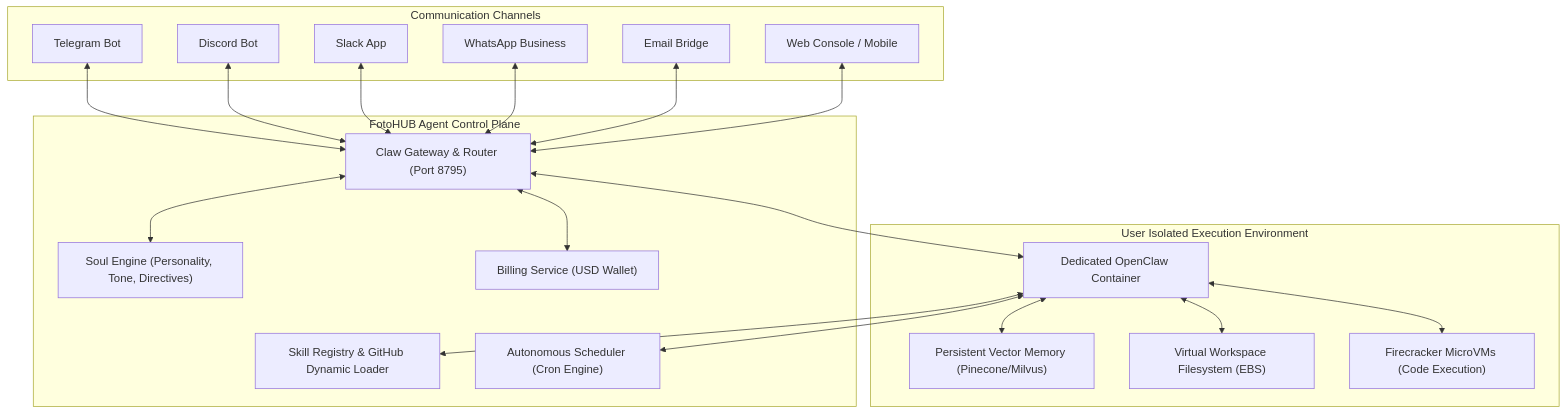
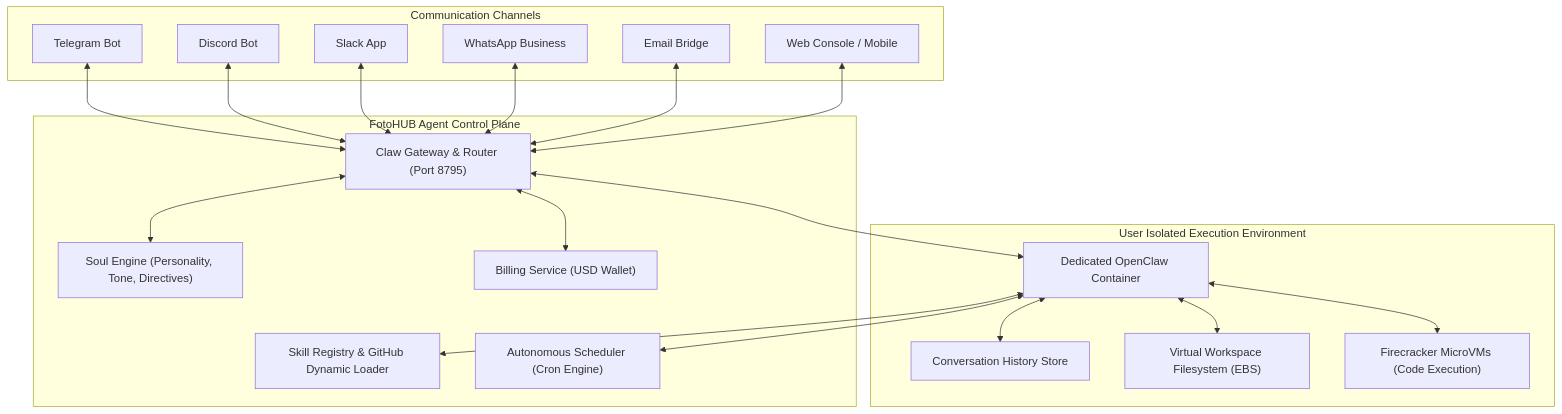
The diagram in compute/fh-claw-assistants.md (fotohubapp/docs), drawn with Mermaid before and after one commit. The commit also changed other lines of this file and 91 other files, not shown here.

````diff
--- a/compute/fh-claw-assistants.md
+++ b/compute/fh-claw-assistants.md
@@ -18,31 +18,31 @@
 ```mermaid
 flowchart TD
     subgraph Communication Channels
         TG["Telegram Bot"]
         DC["Discord Bot"]
         SL["Slack App"]
         WA["WhatsApp Business"]
         EM["Email Bridge"]
         Web["Web Console / Mobile"]
     end
 
     subgraph FotoHUB Agent Control Plane
         Router["Claw Gateway & Router (Port 8795)"]
         Soul["Soul Engine (Personality, Tone, Directives)"]
         Skills["Skill Registry & GitHub Dynamic Loader"]
         Cron["Autonomous Scheduler (Cron Engine)"]
         Billing["Billing Service (USD Wallet)"]
     end
 
     subgraph User Isolated Execution Environment
         ClawDocker["Dedicated OpenClaw Container"]
-        MemStore["Persistent Vector Memory (Pinecone/Milvus)"]
+        MemStore["Conversation History Store"]
         Workspace["Virtual Workspace Filesystem (EBS)"]
         Sandboxes["Firecracker MicroVMs (Code Execution)"]
     end
 
     TG & DC & SL & WA & EM & Web <--> Router
     Router <--> Soul & ClawDocker
     Router <--> Billing
     ClawDocker <--> Skills & Cron & MemStore & Workspace & Sandboxes
 ```
````
